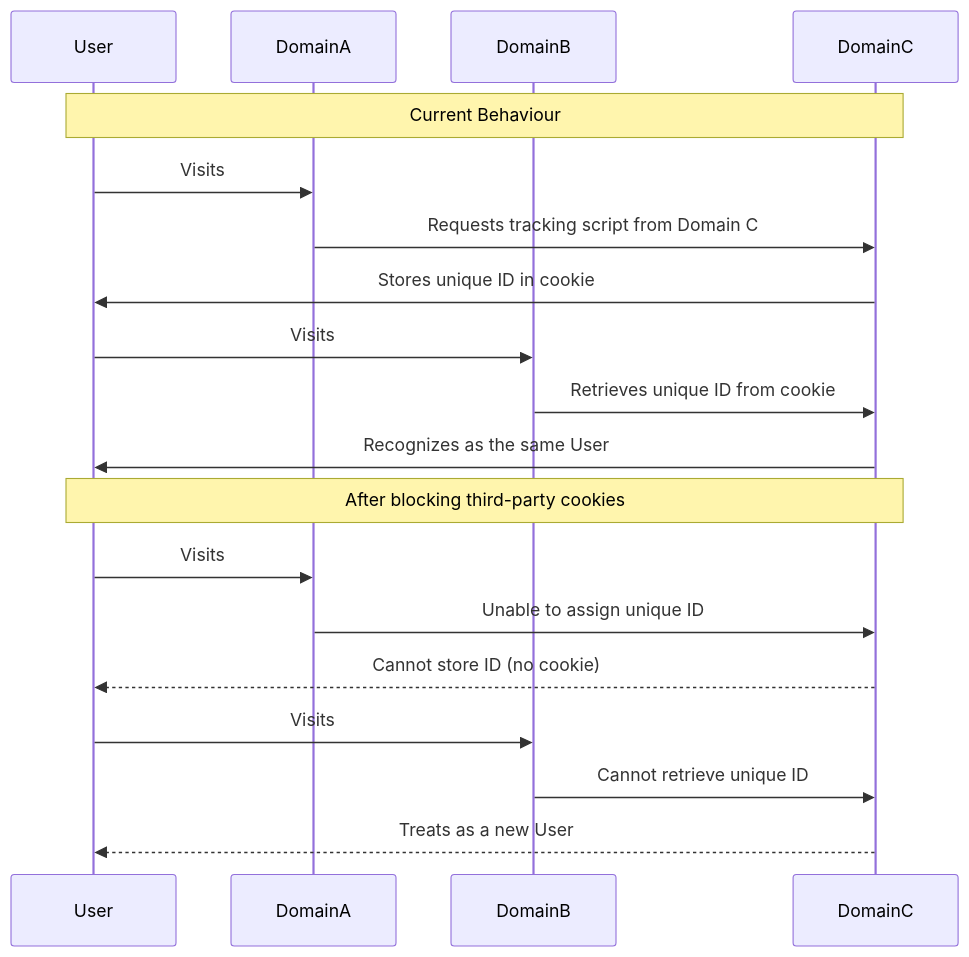
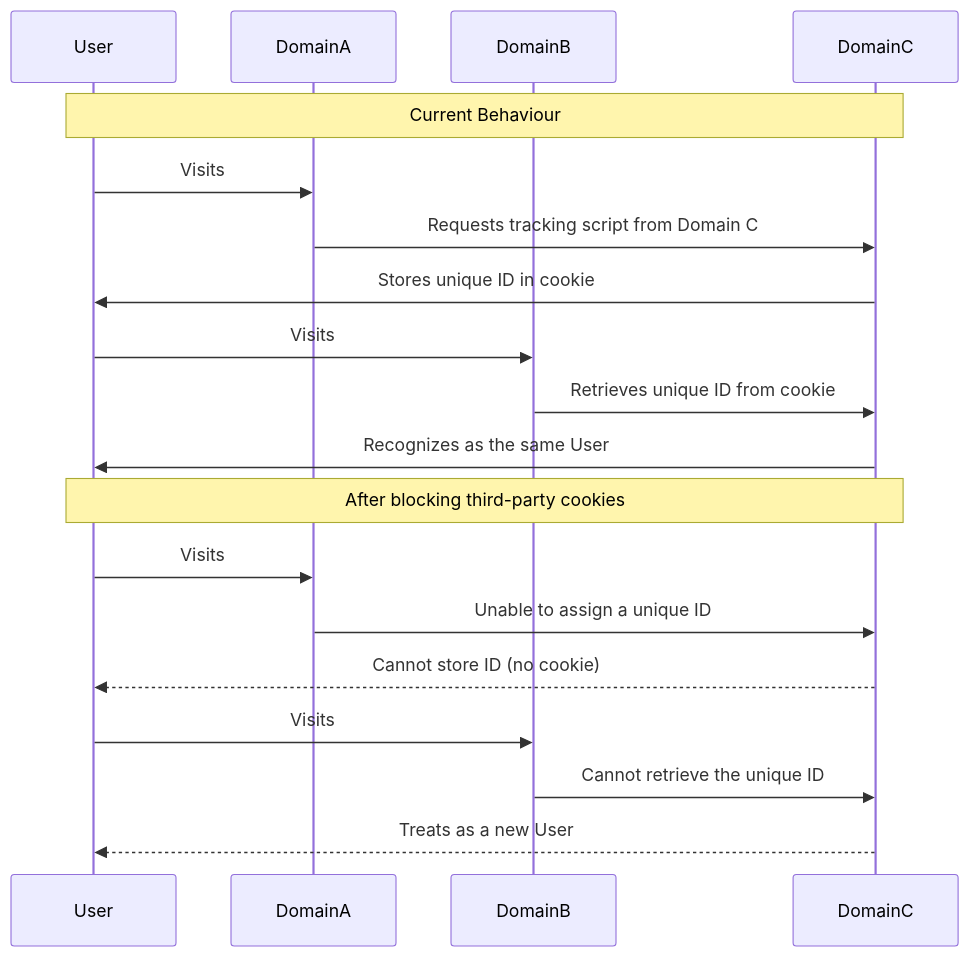
Before and after one commit to rtCamp/psat-demos: the first of 4 diagrams in README.md, drawn with Mermaid. The commit also changed other lines of this file, not shown here.

````diff
--- a/README.md
+++ b/README.md
@@ -87,25 +87,25 @@
 ```mermaid
 sequenceDiagram
     participant User
     participant DomainA
     participant DomainB
     participant DomainC
     
     Note over User,DomainC: Current Behaviour
     
     User->>DomainA: Visits
     DomainA->>DomainC: Requests tracking script from Domain C
     DomainC->>User: Stores unique ID in cookie
     User->>DomainB: Visits
     DomainB->>DomainC: Retrieves unique ID from cookie
     DomainC->>User: Recognizes as the same User
 
     Note over User,DomainC: After blocking third-party cookies
     
     User->>DomainA: Visits
-    DomainA->>DomainC: Unable to assign unique ID
+    DomainA->>DomainC: Unable to assign a unique ID
     DomainC-->>User: Cannot store ID (no cookie)
     User->>DomainB: Visits
-    DomainB->>DomainC: Cannot retrieve unique ID
+    DomainB->>DomainC: Cannot retrieve the unique ID
     DomainC-->>User: Treats as a new User
 ```
````
